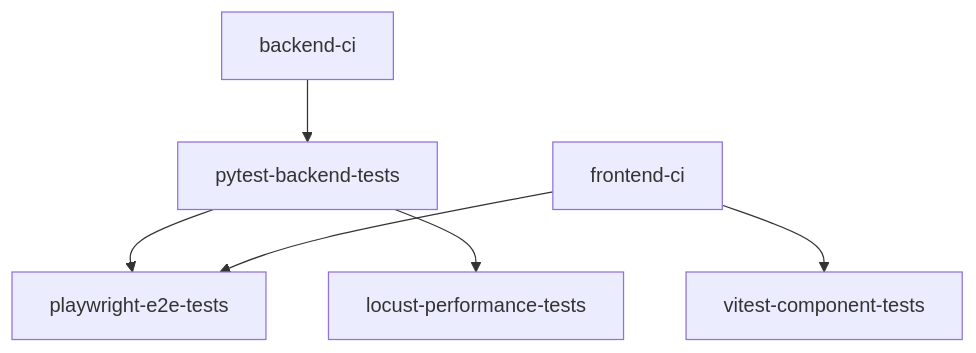
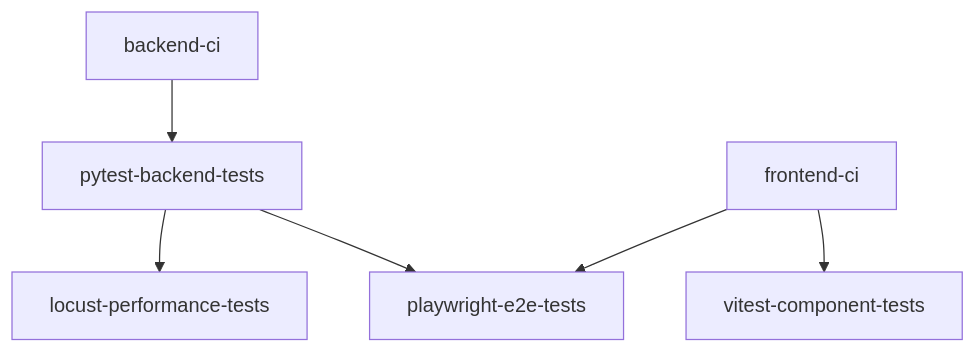
One commit to frangago71/quizzie-TFG changed the first of 2 diagrams in docs/especificacion_ci_cd.md. Above: the diagram before and after it, drawn with Mermaid. The commit also changed other lines of this file, not shown here.

First line of the commit message:
docs: add ci cd diagram to ci cd doc

````diff
--- a/docs/especificacion_ci_cd.md
+++ b/docs/especificacion_ci_cd.md
@@ -32,11 +32,11 @@
 ```mermaid
 graph TD
     A[backend-ci] --> B[pytest-backend-tests]
     C[frontend-ci]
 
-    B --> D[playwright-e2e-tests]
-    C --> D
+    B --> D[locust-performance-tests]
+    C --> E
 
     C --> F[vitest-component-tests]
-    B --> E[locust-performance-tests]
+    B --> E[playwright-e2e-tests]
 ```
````
